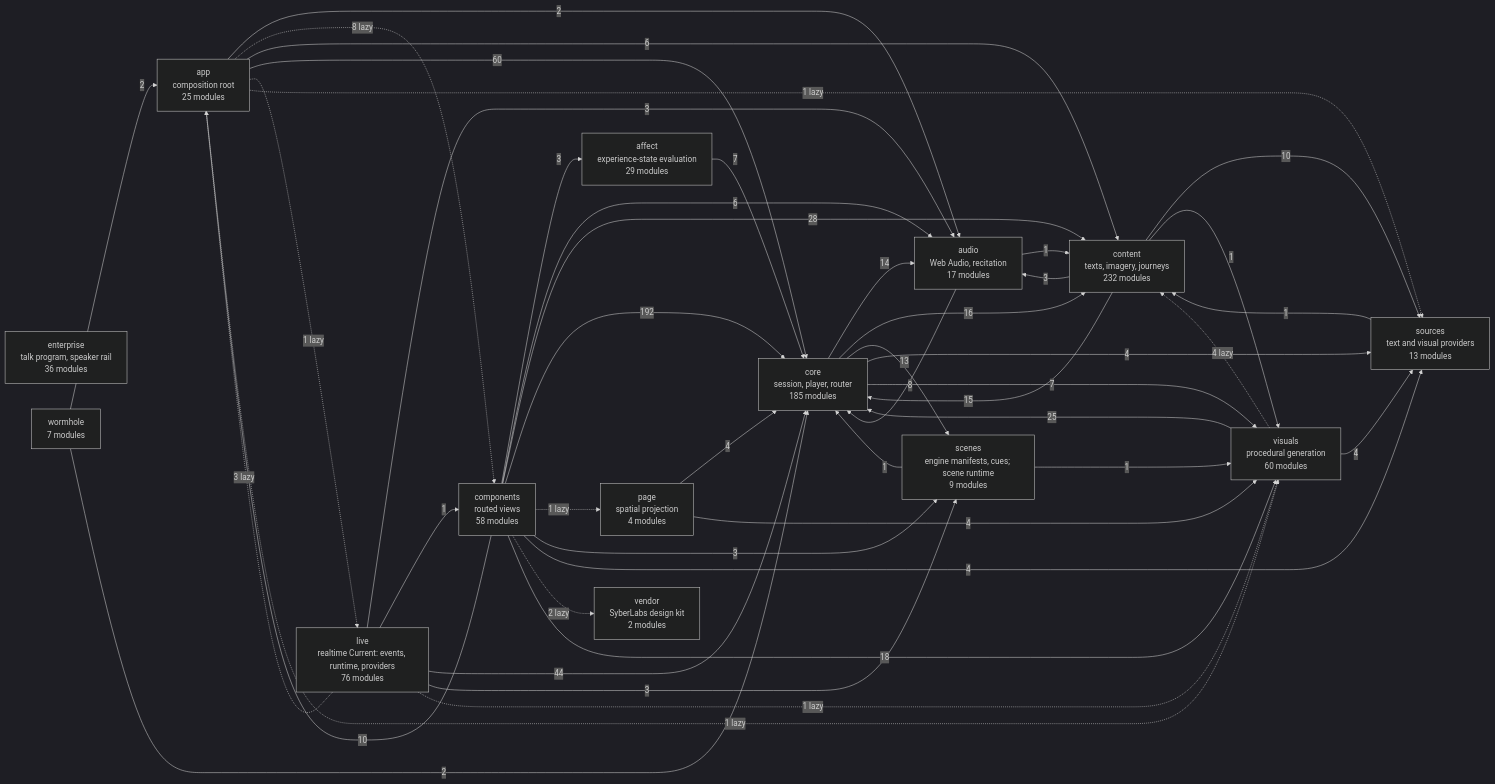
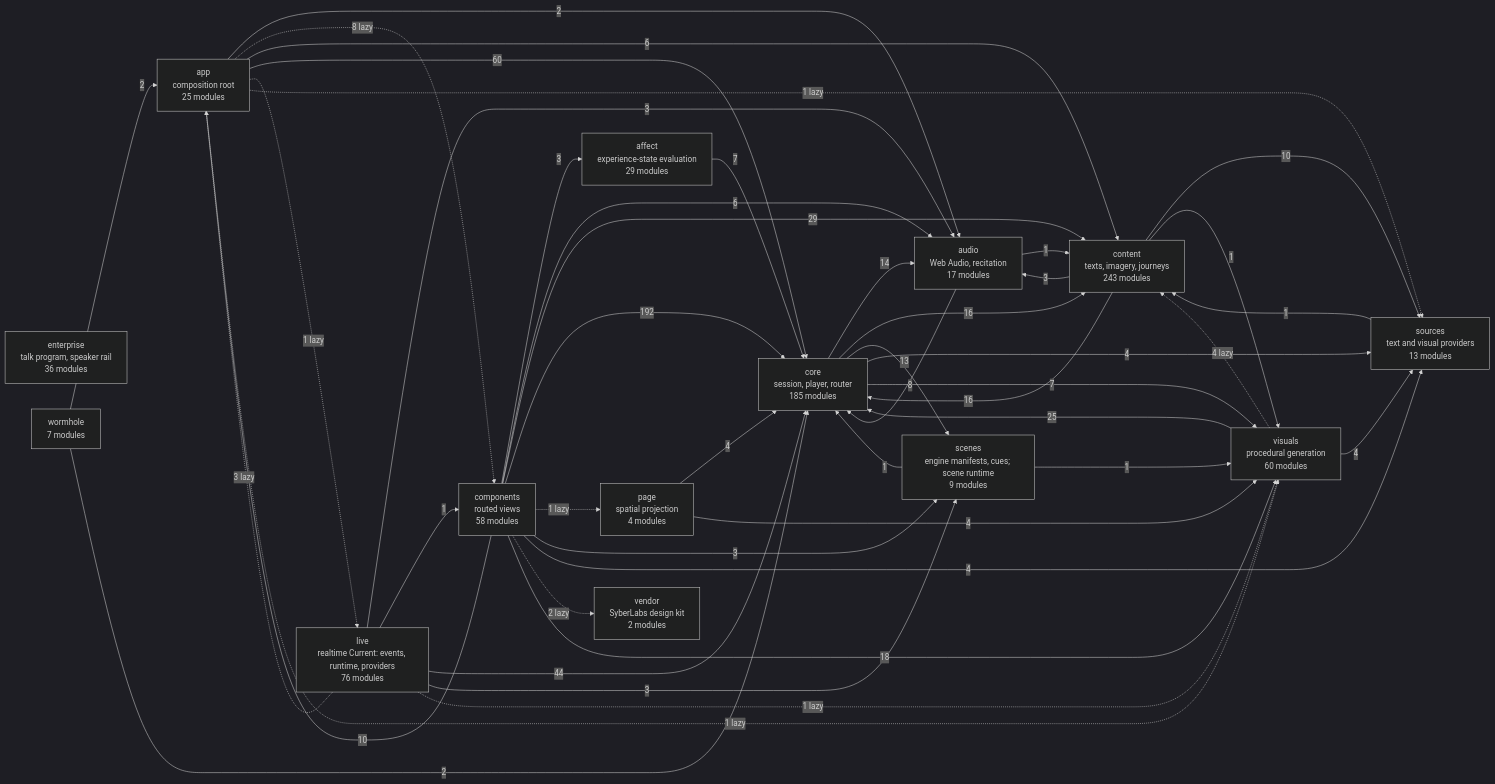
One commit to SyberLabs/RISE changed the diagram in docs/specs/ARCHITECTURE.md. Above: the diagram before and after it, drawn with Mermaid (dark theme). The commit also changed other lines of this file and 32 other files, not shown here.

````diff
--- a/docs/specs/ARCHITECTURE.md
+++ b/docs/specs/ARCHITECTURE.md
@@ -161,63 +161,63 @@
 ```mermaid
 flowchart LR
     affect["affect<br/>experience-state evaluation<br/>29 modules"]
     app["app<br/>composition root<br/>25 modules"]
     audio["audio<br/>Web Audio, recitation<br/>17 modules"]
     components["components<br/>routed views<br/>58 modules"]
-    content["content<br/>texts, imagery, journeys<br/>232 modules"]
+    content["content<br/>texts, imagery, journeys<br/>243 modules"]
     core["core<br/>session, player, router<br/>185 modules"]
     enterprise["enterprise<br/>talk program, speaker rail<br/>36 modules"]
     live["live<br/>realtime Current: events, runtime, providers<br/>76 modules"]
     page["page<br/>spatial projection<br/>4 modules"]
     scenes["scenes<br/>engine manifests, cues; scene runtime<br/>9 modules"]
     sources["sources<br/>text and visual providers<br/>13 modules"]
     vendor["vendor<br/>SyberLabs design kit<br/>2 modules"]
     visuals["visuals<br/>procedural generation<br/>60 modules"]
     wormhole["wormhole<br/>7 modules"]
 
     affect --> |7| core
     app --> |2| audio
     app -.-> |8 lazy| components
     app --> |6| content
     app --> |60| core
     app -.-> |1 lazy| live
     app -.-> |1 lazy| sources
     app -.-> |1 lazy| visuals
     audio --> |1| content
     audio --> |8| core
     components --> |3| affect
     components --> |10| app
     components --> |6| audio
-    components --> |28| content
+    components --> |29| content
     components --> |192| core
     components -.-> |1 lazy| page
     components --> |3| scenes
     components --> |4| sources
     components -.-> |2 lazy| vendor
     components --> |18| visuals
     content --> |3| audio
-    content --> |15| core
+    content --> |16| core
     content --> |10| sources
     content --> |1| visuals
     core --> |14| audio
     core --> |16| content
     core --> |13| scenes
     core --> |4| sources
     core --> |7| visuals
     live -.-> |3 lazy| app
     live --> |3| audio
     live --> |1| components
     live --> |44| core
     live --> |3| scenes
     live -.-> |1 lazy| visuals
     page --> |4| core
     page --> |4| visuals
     scenes --> |1| core
     scenes --> |1| visuals
     sources --> |1| content
     visuals -.-> |4 lazy| content
     visuals --> |25| core
     visuals --> |4| sources
     wormhole --> |2| app
     wormhole --> |2| core
 ```
````
